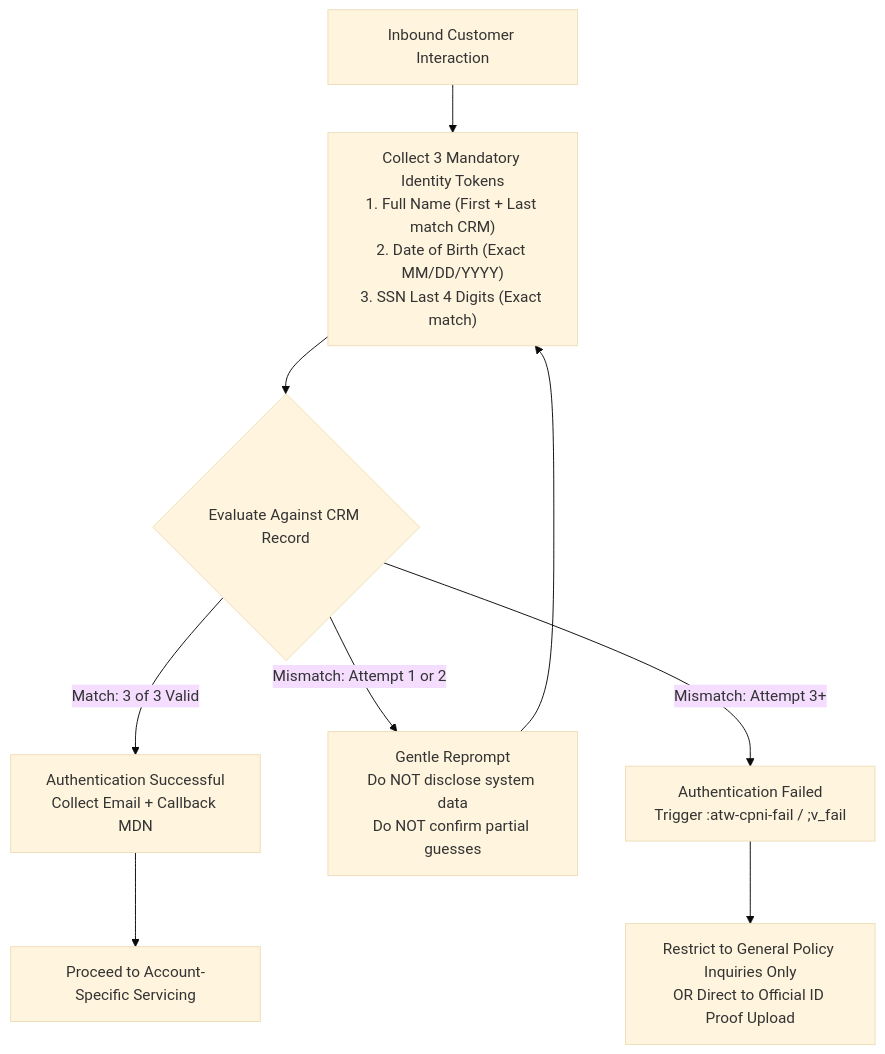
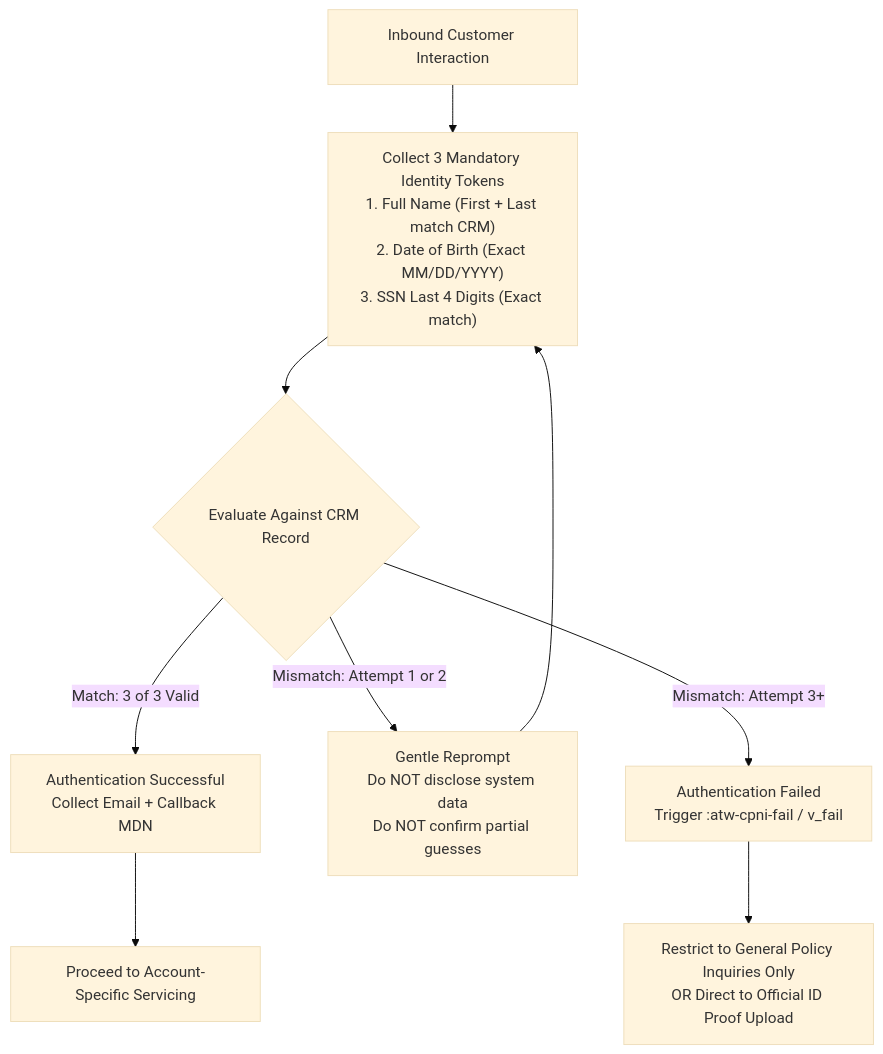
The first of 6 diagrams in README.md (fatdev123/quick_response), drawn with Mermaid (base theme) before and after one commit. The commit also changed other lines of this file and 4 other files, not shown here.

Commit message:
fix(mermaid): remove semicolon delimiters inside sequence diagrams to fix GitHub render parsing

````diff
--- a/README.md
+++ b/README.md
@@ -90,14 +90,14 @@
 ```mermaid
 flowchart TD
     Start["Inbound Customer Interaction"] --> Step1["Collect 3 Mandatory Identity Tokens<br/>1. Full Name (First + Last match CRM)<br/>2. Date of Birth (Exact MM/DD/YYYY)<br/>3. SSN Last 4 Digits (Exact match)"]
     Step1 --> Verify{"Evaluate Against CRM Record"}
     
     Verify -- "Match: 3 of 3 Valid" --> AuthPass["Authentication Successful<br/>Collect Email + Callback MDN"]
     AuthPass --> Proceed["Proceed to Account-Specific Servicing"]
     
     Verify -- "Mismatch: Attempt 1 or 2" --> Retry["Gentle Reprompt<br/>Do NOT disclose system data<br/>Do NOT confirm partial guesses"]
     Retry --> Step1
     
-    Verify -- "Mismatch: Attempt 3+" --> AuthFail["Authentication Failed<br/>Trigger :atw-cpni-fail / ;v_fail"]
+    Verify -- "Mismatch: Attempt 3+" --> AuthFail["Authentication Failed<br/>Trigger :atw-cpni-fail /  v_fail"]
     AuthFail --> LimitService["Restrict to General Policy Inquiries Only<br/>OR Direct to Official ID Proof Upload"]
 ```
````
